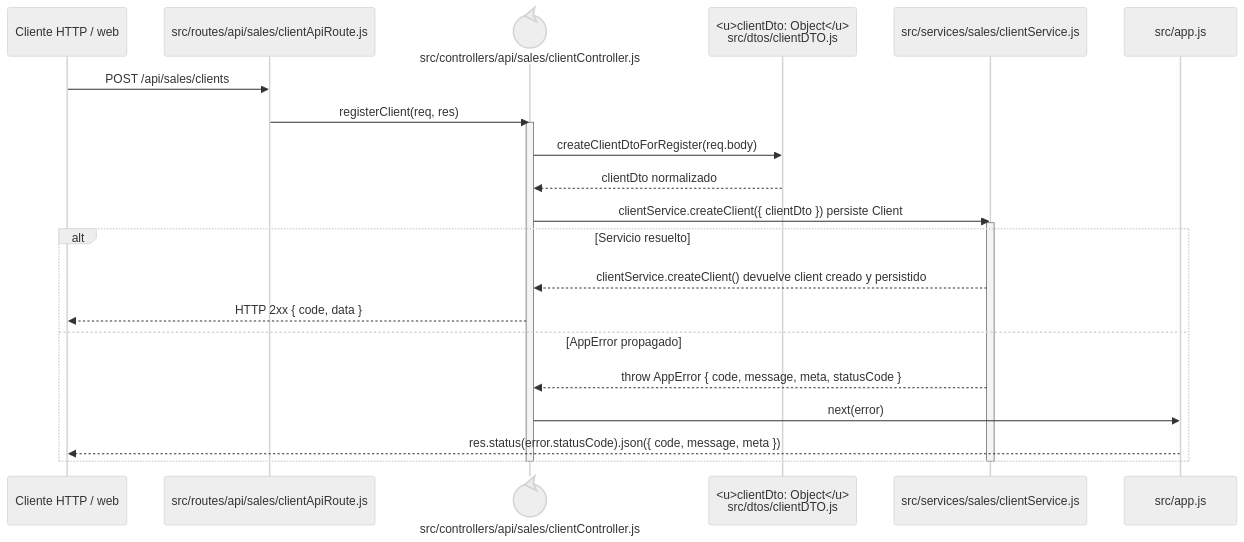
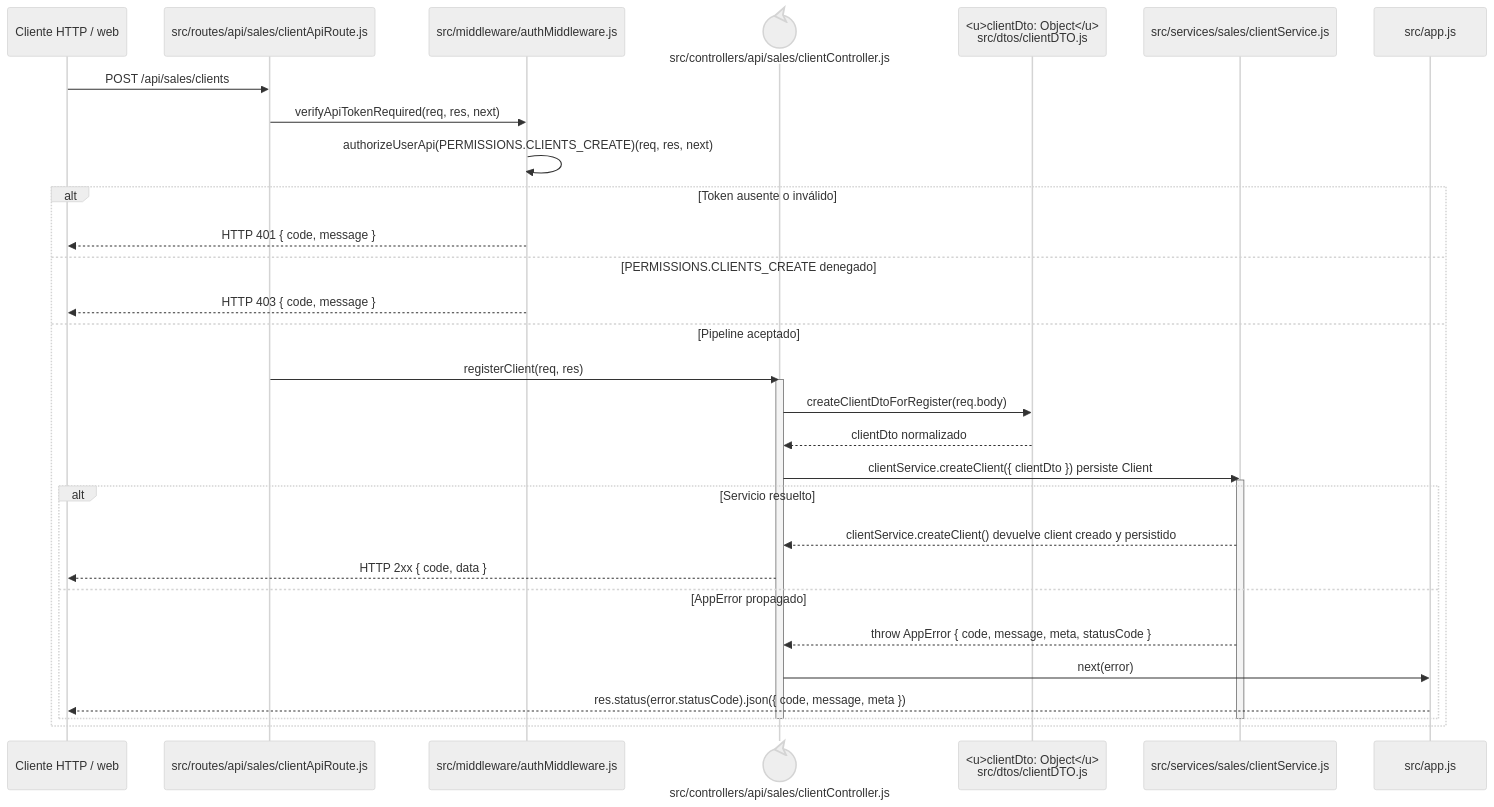
One commit to gpgsistemas01/nexus changed the diagram in docs/architecture/backend-code-sequences/catalogs/cu-cat-06.md. Above: the diagram before and after it, drawn with Mermaid (neutral theme). The commit also changed other lines of this file and 38 other files, not shown here.

Commit message:
docs(diagrams): concretar mensajes de secuencia

````diff
--- a/docs/architecture/backend-code-sequences/catalogs/cu-cat-06.md
+++ b/docs/architecture/backend-code-sequences/catalogs/cu-cat-06.md
@@ -6,27 +10,36 @@
 ```mermaid
 sequenceDiagram
     participant Client as Cliente HTTP / web
     participant Route as src/routes/api/sales/clientApiRoute.js
+    participant Auth as src/middleware/authMiddleware.js
     participant Controller@{ "type": "control" } as src/controllers/api/sales/clientController.js
     participant ClientDto as <u>clientDto: Object</u><br/>src/dtos/clientDTO.js
     participant Domain as src/services/sales/clientService.js
     participant ErrorHandler as src/app.js
 
     Client->>Route: POST /api/sales/clients
-    Route->>Controller: registerClient(req, res)
-    activate Controller
-    Controller->>ClientDto: createClientDtoForRegister(req.body)
-    ClientDto-->>Controller: clientDto normalizado
-    Controller->>Domain: clientService.createClient({ clientDto }) persiste Client
-    activate Domain
-    alt Servicio resuelto
-        Domain-->>Controller: clientService.createClient() devuelve client creado y persistido
-        Controller-->>Client: HTTP 2xx { code, data }
-    else AppError propagado
-        Domain-->>Controller: throw AppError { code, message, meta, statusCode }
-        Controller->>ErrorHandler: next(error)
-        ErrorHandler-->>Client: res.status(error.statusCode).json({ code, message, meta })
+    Route->>Auth: verifyApiTokenRequired(req, res, next)
+    Auth->>Auth: authorizeUserApi(PERMISSIONS.CLIENTS_CREATE)(req, res, next)
+    alt Token ausente o inválido
+        Auth-->>Client: HTTP 401 { code, message }
+    else PERMISSIONS.CLIENTS_CREATE denegado
+        Auth-->>Client: HTTP 403 { code, message }
+    else Pipeline aceptado
+        Route->>Controller: registerClient(req, res)
+        activate Controller
+        Controller->>ClientDto: createClientDtoForRegister(req.body)
+        ClientDto-->>Controller: clientDto normalizado
+        Controller->>Domain: clientService.createClient({ clientDto }) persiste Client
+        activate Domain
+        alt Servicio resuelto
+            Domain-->>Controller: clientService.createClient() devuelve client creado y persistido
+            Controller-->>Client: HTTP 2xx { code, data }
+        else AppError propagado
+            Domain-->>Controller: throw AppError { code, message, meta, statusCode }
+            Controller->>ErrorHandler: next(error)
+            ErrorHandler-->>Client: res.status(error.statusCode).json({ code, message, meta })
+        end
+        deactivate Domain
+        deactivate Controller
     end
-    deactivate Domain
-    deactivate Controller
 ```
````
